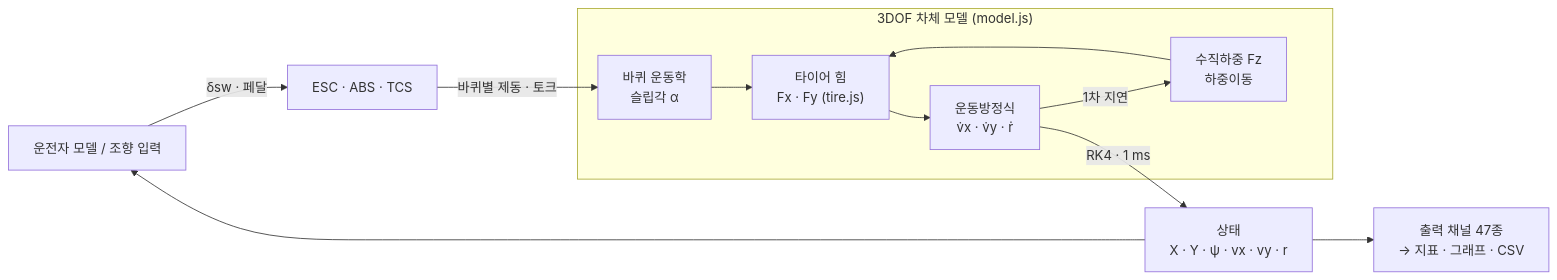
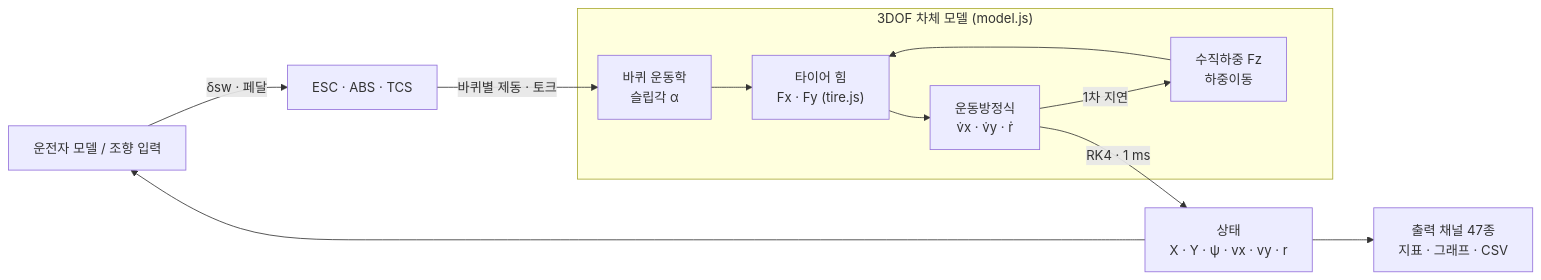
The first of 2 diagrams in README.md (JTech-CO/Vehicle-Dynamics), drawn with Mermaid before and after one commit. The commit also changed other lines of this file and 36 other files, not shown here.

````diff
--- a/README.md
+++ b/README.md
@@ -175,14 +241,14 @@
 ```mermaid
 flowchart LR
   DRV["운전자 모델 / 조향 입력"] -->|"δsw · 페달"| AS["ESC · ABS · TCS"]
   AS -->|"바퀴별 제동 · 토크"| KIN
   subgraph BODY["3DOF 차체 모델 (model.js)"]
     KIN["바퀴 운동학<br/>슬립각 α"] --> TIRE["타이어 힘<br/>Fx · Fy (tire.js)"]
     LOAD["수직하중 Fz<br/>하중이동"] --> TIRE
     TIRE --> EOM["운동방정식<br/>v̇x · v̇y · ṙ"]
     EOM -->|"1차 지연"| LOAD
   end
   EOM -->|"RK4 · 1 ms"| ST["상태<br/>X · Y · ψ · vx · vy · r"]
   ST --> DRV
-  ST --> OUT["출력 채널 47종<br/>→ 지표 · 그래프 · CSV"]
+  ST --> OUT["출력 채널 47종<br/>지표 · 그래프 · CSV"]
 ```
````
